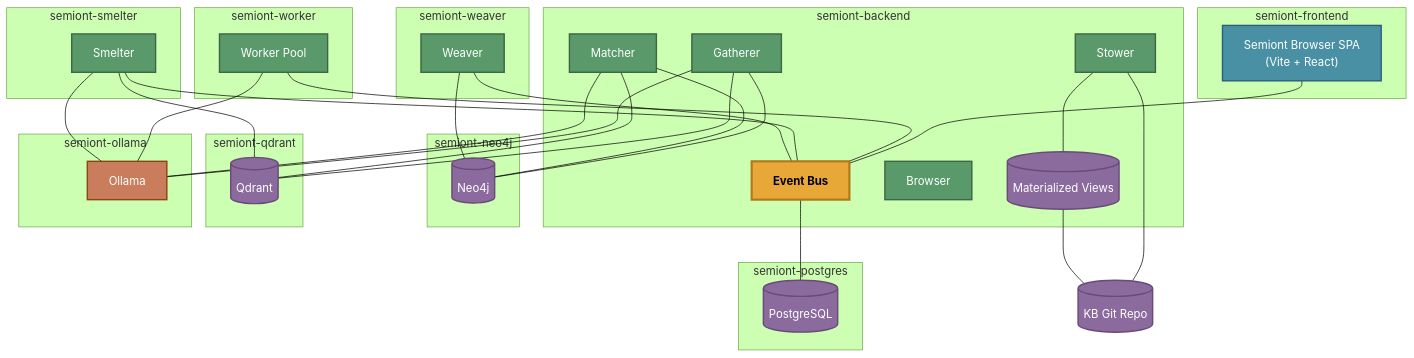
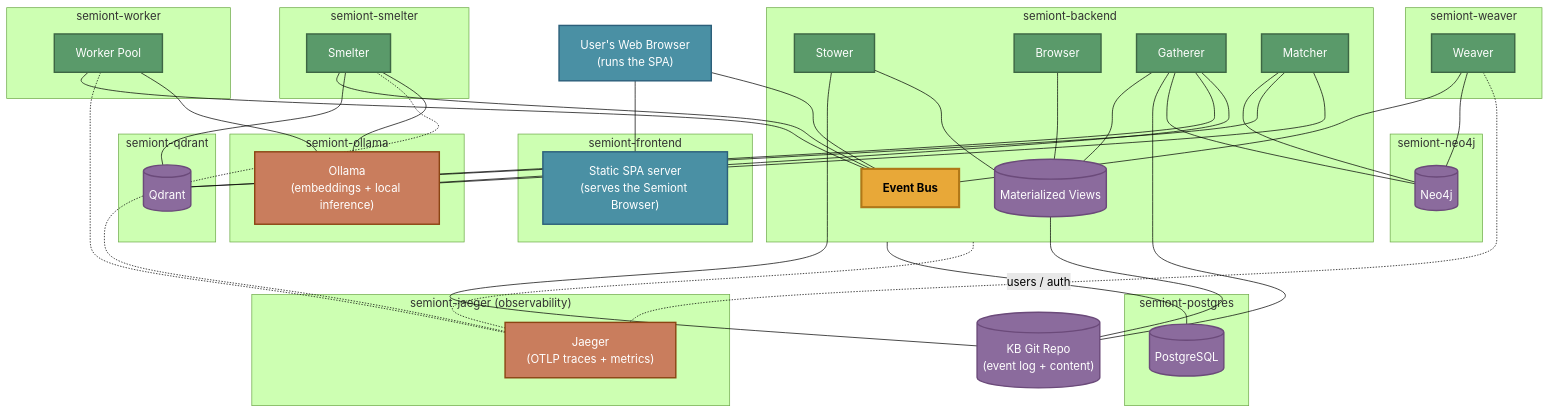
One commit to The-AI-Alliance/semiont changed the diagram in docs/system/CONTAINER-TOPOLOGY.md. Above: the diagram before and after it, drawn with Mermaid (forest theme). The commit also changed other lines of this file, not shown here.

Commit message:
update container doc and diagram

````diff
--- a/docs/system/CONTAINER-TOPOLOGY.md
+++ b/docs/system/CONTAINER-TOPOLOGY.md
@@ -15,7 +15,9 @@
 ```mermaid
 graph TB
+    UB["User's Web Browser<br/>(runs the SPA)"]
+
     subgraph frontend_c ["semiont-frontend"]
-        SPA["Semiont Browser SPA<br/>(Vite + React)"]
+        SPA["Static SPA server<br/>(serves the Semiont Browser)"]
     end
 
     subgraph backend_c ["semiont-backend"]
@@ -27,7 +29,7 @@
         VIEWS[("Materialized Views")]
     end
 
-    GIT[("KB Git Repo")]
+    GIT[("KB Git Repo<br/>(event log + content)")]
 
     subgraph worker_c ["semiont-worker"]
         WORKERS["Worker Pool"]
@@ -54,10 +56,15 @@
     end
 
     subgraph ol_c ["semiont-ollama"]
-        OL["Ollama"]
+        OL["Ollama<br/>(embeddings + local inference)"]
     end
 
-    SPA --- BUS
+    subgraph jag_c ["semiont-jaeger (observability)"]
+        JAG["Jaeger<br/>(OTLP traces + metrics)"]
+    end
+
+    UB --- SPA
+    UB --- BUS
     WORKERS --- BUS
     SMELTER --- BUS
     WEAVER --- BUS
@@ -65,9 +72,16 @@
     STOWER --- GIT
     STOWER --- VIEWS
     VIEWS --- GIT
+    BROWSER --- VIEWS
+    GATHERER --- VIEWS
+    GATHERER --- GIT
     WEAVER --- NEO
     SMELTER --- QD
-    BUS --- PG
+    backend_c ---|"users / auth"| PG
+    backend_c -.- JAG
+    WORKERS -.- JAG
+    SMELTER -.- JAG
+    WEAVER -.- JAG
     WORKERS --- OL
     SMELTER --- OL
     GATHERER --- NEO
@@ -86,6 +100,6 @@
     class BUS bus
     class STOWER,BROWSER,GATHERER,MATCHER,WEAVER,WORKERS,SMELTER actor
     class GIT,VIEWS,PG,NEO,QD store
-    class SPA spa
-    class OL service
+    class SPA,UB spa
+    class OL,JAG service
 ```
````
